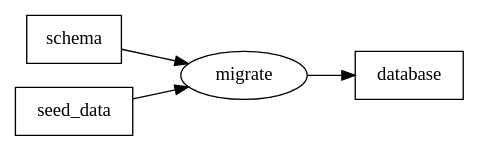
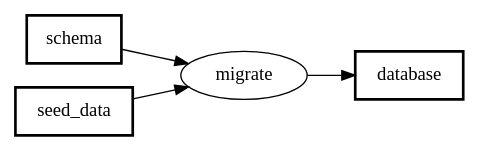
Before and after one commit to takasek/pfdsl: the third of 9 diagrams in docs/samples/README.md, drawn with Graphviz. The commit also changed other lines of this file and 20 other files, not shown here.

````diff
--- a/docs/samples/README.md
+++ b/docs/samples/README.md
@@ -87,15 +87,15 @@
 ```dot
 digraph PFDSL {
   rankdir=LR;
   newrank=true;
 
-  "database" [shape=box, label="database"];
+  "database" [shape=box, label="database", penwidth="2"];
   "migrate" [shape=ellipse, label="migrate"];
-  "schema" [shape=box, label="schema"];
-  "seed_data" [shape=box, label="seed_data"];
+  "schema" [shape=box, label="schema", penwidth="2"];
+  "seed_data" [shape=box, label="seed_data", penwidth="2"];
 
   "schema" -> "migrate";
   "seed_data" -> "migrate";
   "migrate" -> "database";
 }
 ```
````
